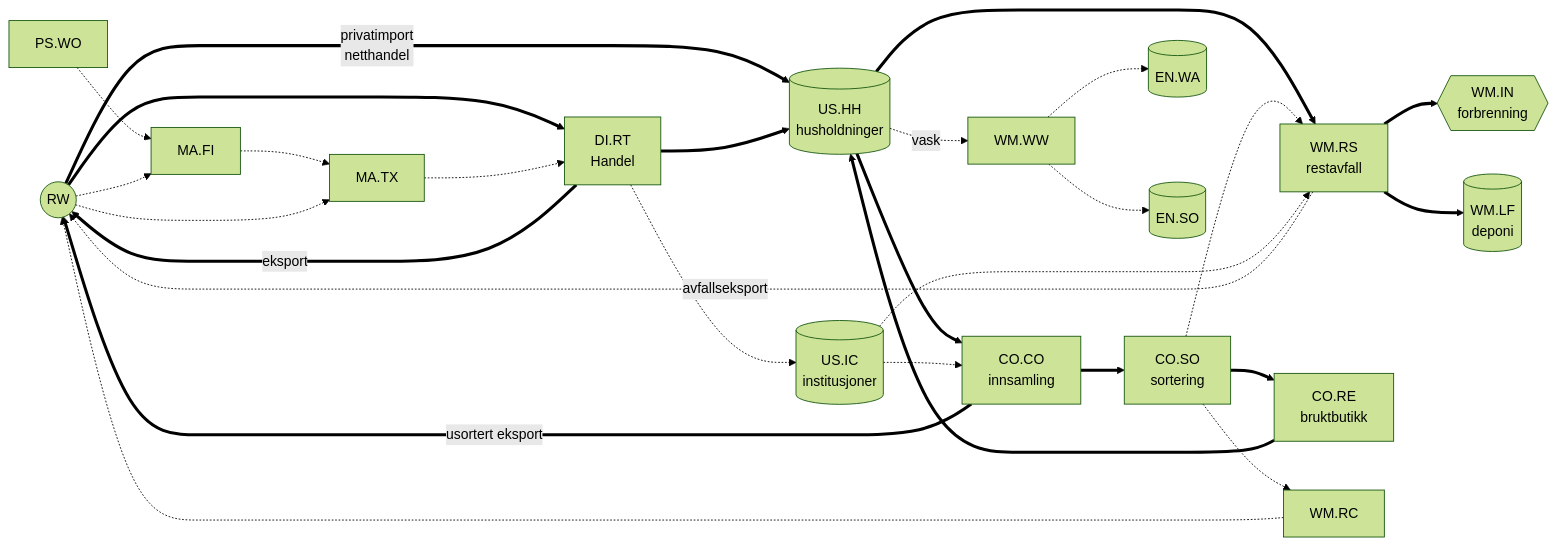
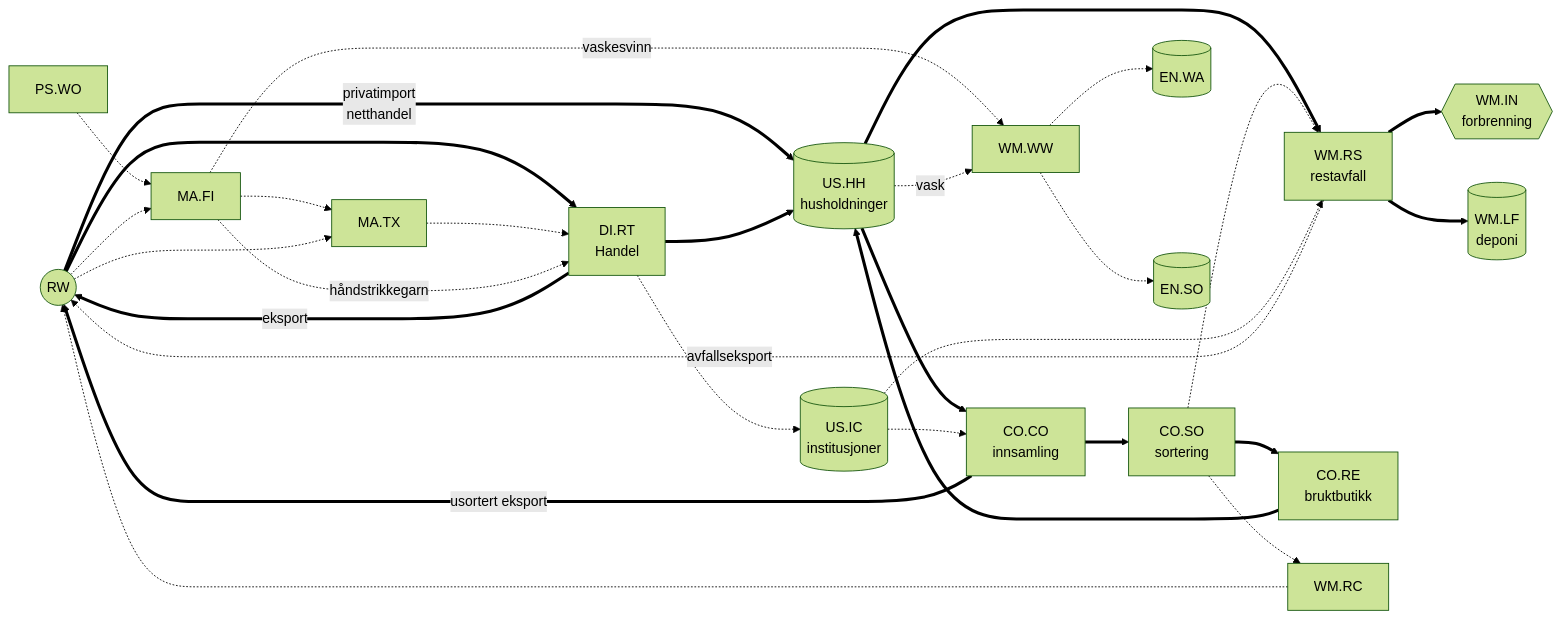
Before and after one commit to aroyne/TekstilMFA: the diagram in docs/SYSTEMDEFINISJON.md, drawn with Mermaid (forest theme). The commit also changed other lines of this file and 133 other files, not shown here.

````diff
--- a/docs/SYSTEMDEFINISJON.md
+++ b/docs/SYSTEMDEFINISJON.md
@@ -53,23 +53,25 @@
 ```mermaid
 flowchart LR
   RW((RW)) ==> DI[DI.RT<br>Handel]
   RW ==>|privatimport<br>netthandel| HH
   PS[PS.WO] -.-> FI[MA.FI] -.-> TX[MA.TX] -.-> DI
+  FI -.->|vaskesvinn| WW
+  FI -.->|håndstrikkegarn| DI
   RW -.-> FI & TX
   DI ==> HH[(US.HH<br>husholdninger)]
   DI -.-> IC[(US.IC<br>institusjoner)]
   DI ==>|eksport| RW
   HH ==> CO[CO.CO<br>innsamling]
   HH ==> RS[WM.RS<br>restavfall]
   HH -.->|vask| WW[WM.WW]
   CO ==>|usortert eksport| RW
   CO ==> SO[CO.SO<br>sortering]
   SO ==> RE[CO.RE<br>bruktbutikk] ==> HH
   SO -.-> RC[WM.RC] -.-> RW
   SO -.-> RS
   IC -.-> CO & RS
   RS ==> IN{{WM.IN<br>forbrenning}}
   RS ==> LF[(WM.LF<br>deponi)]
   RS -.->|avfallseksport| RW
   WW -.-> ENW[(EN.WA)] & ENS[(EN.SO)]
 ```
````
